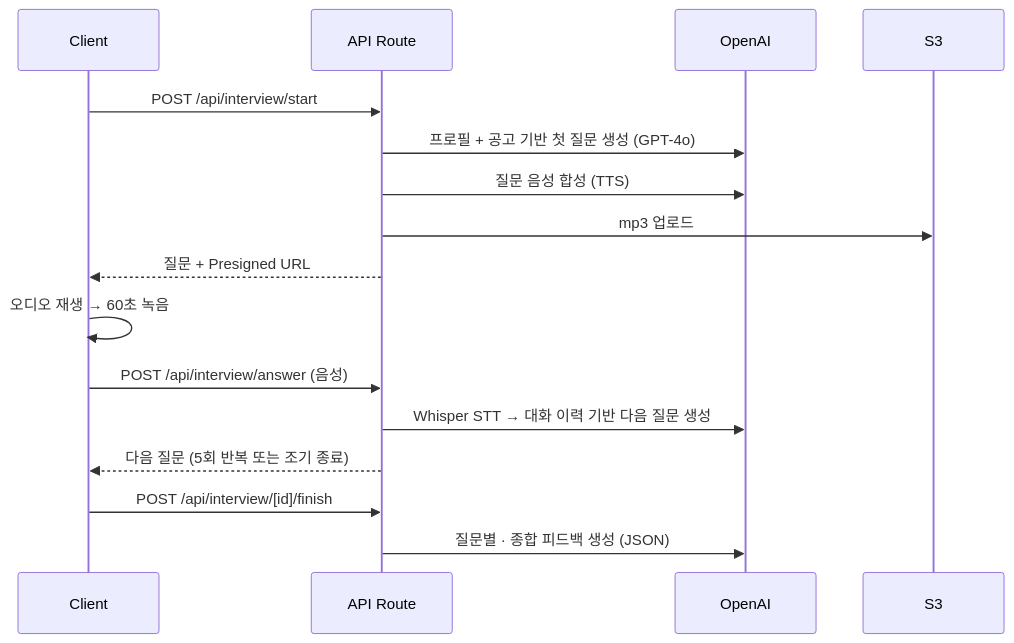
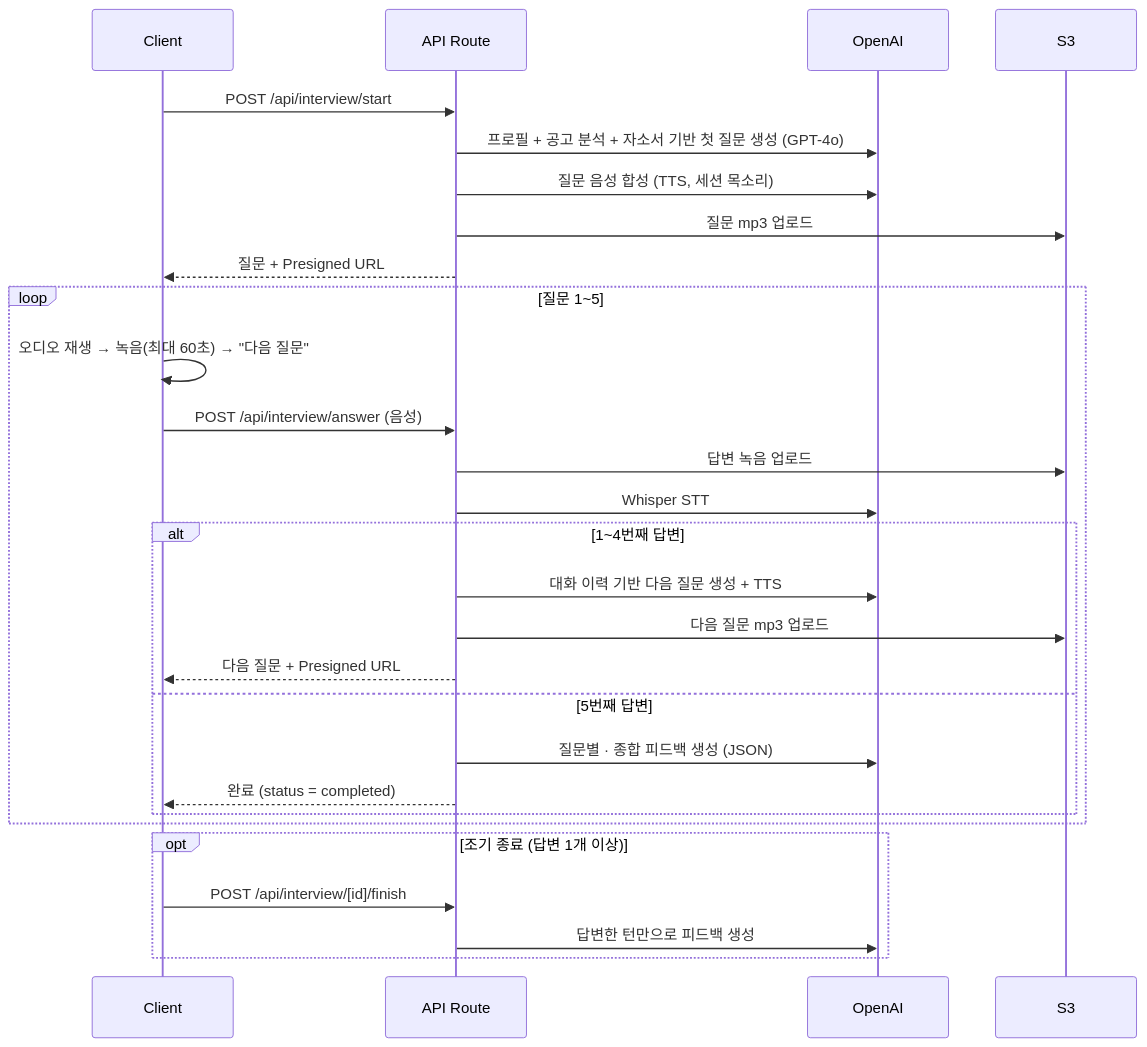
The second of 2 diagrams in README.md (SunWoo1213/Mock_interview), drawn with Mermaid before and after one commit. The commit also changed other lines of this file, not shown here.

````diff
--- a/README.md
+++ b/README.md
@@ -77,18 +84,30 @@
 ```mermaid
 sequenceDiagram
     participant C as Client
     participant A as API Route
     participant O as OpenAI
     participant S as S3
     C->>A: POST /api/interview/start
-    A->>O: 프로필 + 공고 기반 첫 질문 생성 (GPT-4o)
-    A->>O: 질문 음성 합성 (TTS)
-    A->>S: mp3 업로드
+    A->>O: 프로필 + 공고 분석 + 자소서 기반 첫 질문 생성 (GPT-4o)
+    A->>O: 질문 음성 합성 (TTS, 세션 목소리)
+    A->>S: 질문 mp3 업로드
     A-->>C: 질문 + Presigned URL
-    C->>C: 오디오 재생 → 60초 녹음
-    C->>A: POST /api/interview/answer (음성)
-    A->>O: Whisper STT → 대화 이력 기반 다음 질문 생성
-    A-->>C: 다음 질문 (5회 반복 또는 조기 종료)
-    C->>A: POST /api/interview/[id]/finish
-    A->>O: 질문별 · 종합 피드백 생성 (JSON)
+    loop 질문 1~5
+        C->>C: 오디오 재생 → 녹음(최대 60초) → "다음 질문"
+        C->>A: POST /api/interview/answer (음성)
+        A->>S: 답변 녹음 업로드
+        A->>O: Whisper STT
+        alt 1~4번째 답변
+            A->>O: 대화 이력 기반 다음 질문 생성 + TTS
+            A->>S: 다음 질문 mp3 업로드
+            A-->>C: 다음 질문 + Presigned URL
+        else 5번째 답변
+            A->>O: 질문별 · 종합 피드백 생성 (JSON)
+            A-->>C: 완료 (status = completed)
+        end
+    end
+    opt 조기 종료 (답변 1개 이상)
+        C->>A: POST /api/interview/[id]/finish
+        A->>O: 답변한 턴만으로 피드백 생성
+    end
 ```
````
